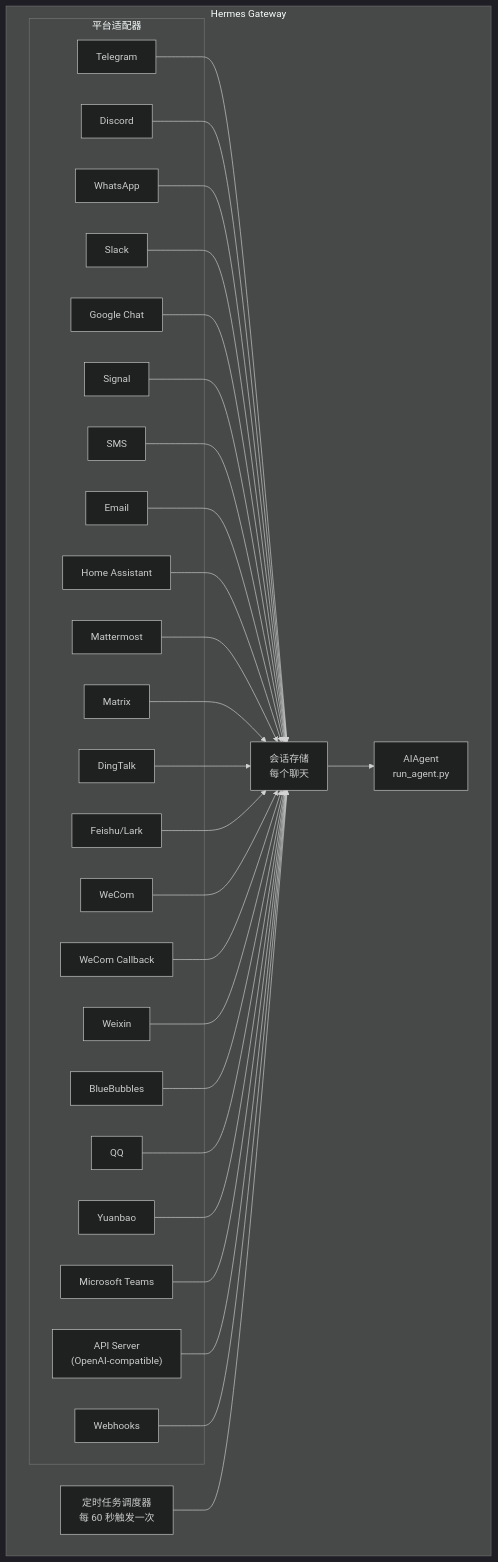
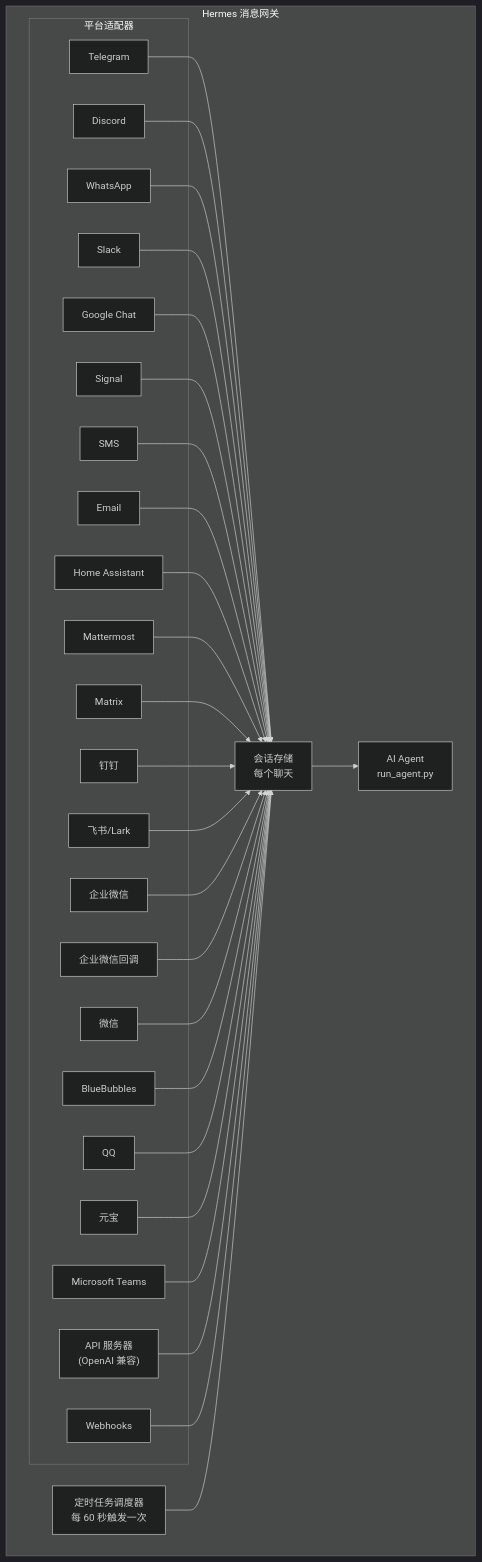
Before and after one commit to lyy0709/hermes-agent-zh: the diagram in translations/docs/user-guide/messaging/index.md, drawn with Mermaid (dark theme). The commit also changed other lines of this file and 22 other files, not shown here.

````diff
--- a/translations/docs/user-guide/messaging/index.md
+++ b/translations/docs/user-guide/messaging/index.md
@@ -42,58 +43,58 @@
 ```mermaid
 flowchart TB
-    subgraph Gateway["Hermes Gateway"]
+    subgraph Gateway["Hermes 消息网关"]
         subgraph Adapters["平台适配器"]
             tg[Telegram]
             dc[Discord]
             wa[WhatsApp]
             sl[Slack]
             gc[Google Chat]
             sig[Signal]
             sms[SMS]
             em[Email]
             ha[Home Assistant]
             mm[Mattermost]
             mx[Matrix]
-            dt[DingTalk]
-    fs[Feishu/Lark]
-    wc[WeCom]
-    wcb[WeCom Callback]
-    wx[Weixin]
+            dt[钉钉]
+    fs[飞书/Lark]
+    wc[企业微信]
+    wcb[企业微信回调]
+    wx[微信]
     bb[BlueBubbles]
     qq[QQ]
-    yb[Yuanbao]
+    yb[元宝]
     ms[Microsoft Teams]
-    api["API Server<br/>(OpenAI-compatible)"]
+    api["API 服务器<br/>(OpenAI 兼容)"]
     wh[Webhooks]
         end
 
         store["会话存储<br/>每个聊天"]
-        agent["AIAgent<br/>run_agent.py"]
+        agent["AI Agent<br/>run_agent.py"]
         cron["定时任务调度器<br/>每 60 秒触发一次"]
     end
 
     tg --> store
     dc --> store
     wa --> store
     sl --> store
     gc --> store
     sig --> store
     sms --> store
     em --> store
     ha --> store
     mm --> store
     mx --> store
     dt --> store
     fs --> store
     wc --> store
     wcb --> store
     wx --> store
     bb --> store
     qq --> store
     yb --> store
     ms --> store
     api --> store
     wh --> store
     store --> agent
     cron --> store
 ```
````
